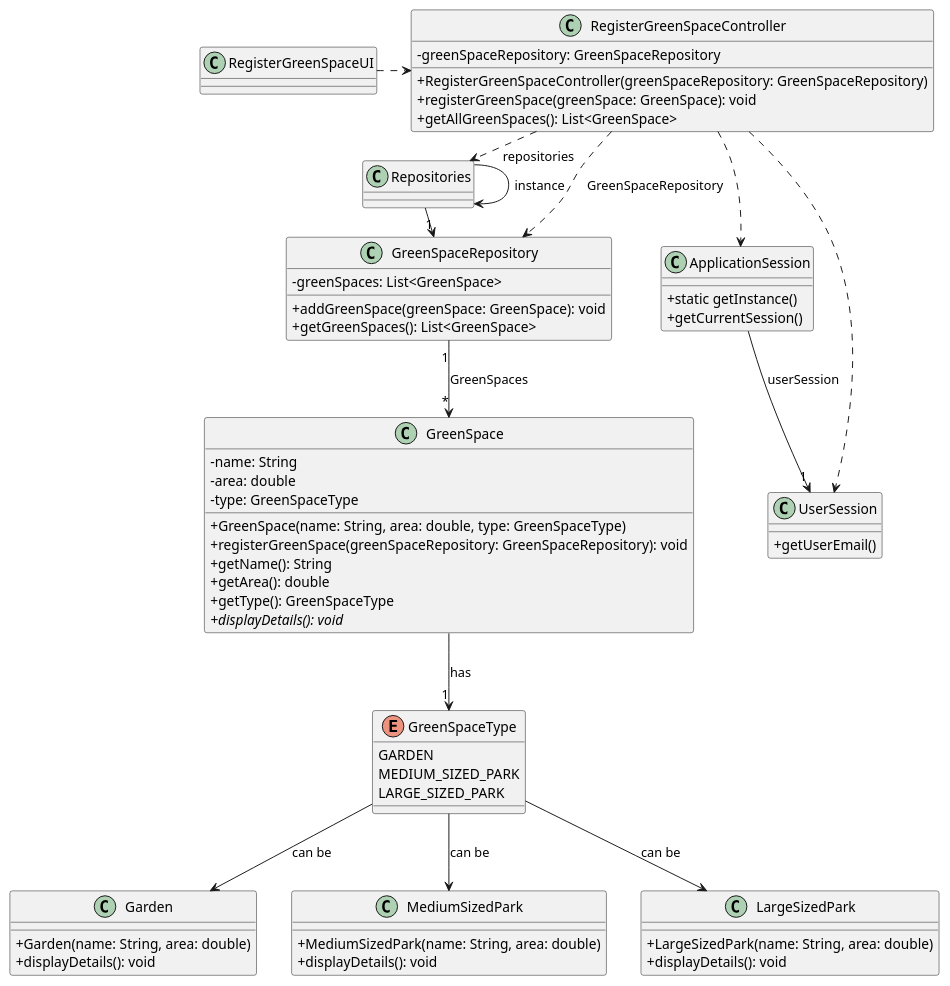
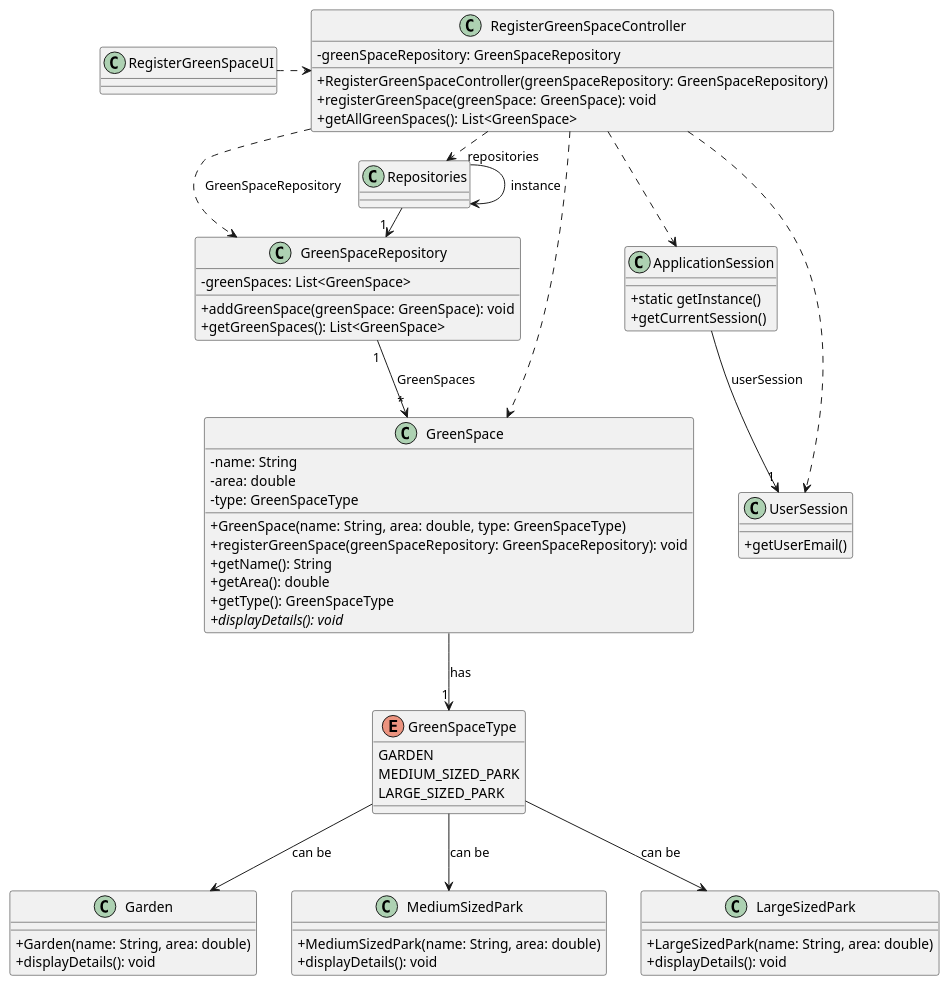
One commit to Departamento-de-Engenharia-Informatica/greenspace-management changed the diagram in docs/sprintC/us020/03.design/puml/us020-class-diagram.puml. Above: the diagram before and after it, drawn with PlantUML.

Commit message:
US020 Class Diagram corrected

```diff
--- a/docs/sprintC/us020/03.design/puml/us020-class-diagram.puml
+++ b/docs/sprintC/us020/03.design/puml/us020-class-diagram.puml
@@ -1,98 +1,99 @@
 @startuml
 
 'skinparam monochrome true
 skinparam packageStyle rectangle
 skinparam shadowing false
 skinparam linetype polyline
 skinparam linetype orto
 
 skinparam classAttributeIconSize 0
 
 'left to right direction
 
 class ApplicationSession
 {
     + static getInstance()
     + getCurrentSession()
 }
 
 class UserSession
 {
     + getUserEmail()
 }
 
 class GreenSpace {
     - name: String
     - area: double
     - type: GreenSpaceType
 
     + GreenSpace(name: String, area: double, type: GreenSpaceType)
     + registerGreenSpace(greenSpaceRepository: GreenSpaceRepository): void
     + getName(): String
     + getArea(): double
     + getType(): GreenSpaceType
     {abstract} + displayDetails(): void
 }
 
 class Garden {
     + Garden(name: String, area: double)
     + displayDetails(): void
 }
 
 class MediumSizedPark {
     + MediumSizedPark(name: String, area: double)
     + displayDetails(): void
 }
 
 class LargeSizedPark {
     + LargeSizedPark(name: String, area: double)
     + displayDetails(): void
 }
 
 class GreenSpaceRepository {
     - greenSpaces: List<GreenSpace>
 
     + addGreenSpace(greenSpace: GreenSpace): void
     + getGreenSpaces(): List<GreenSpace>
 }
 
 class RegisterGreenSpaceController {
     - greenSpaceRepository: GreenSpaceRepository
 
     + RegisterGreenSpaceController(greenSpaceRepository: GreenSpaceRepository)
     + registerGreenSpace(greenSpace: GreenSpace): void
     + getAllGreenSpaces(): List<GreenSpace>
 }
 
 enum GreenSpaceType {
     GARDEN
     MEDIUM_SIZED_PARK
     LARGE_SIZED_PARK
 }
 
 ApplicationSession --> "1" UserSession : userSession
 
 RegisterGreenSpaceController ..> ApplicationSession
 RegisterGreenSpaceController ..> UserSession
 
 Repositories -> Repositories : instance
 
 RegisterGreenSpaceUI .> RegisterGreenSpaceController
 
 RegisterGreenSpaceController .> Repositories : repositories
 
 Repositories -> "1" GreenSpaceRepository
 
 RegisterGreenSpaceController ..> GreenSpaceRepository : GreenSpaceRepository
+RegisterGreenSpaceController ..> GreenSpace
 
 ' Ligação dos tipos de parques com a classe GreenSpace
 GreenSpaceType --> Garden : can be
 GreenSpaceType --> MediumSizedPark : can be
 GreenSpaceType --> LargeSizedPark : can be
 
 GreenSpace --> "1" GreenSpaceType : has
 
 ' Legenda
 GreenSpaceRepository "1" --> "*" GreenSpace : GreenSpaces
 
 @enduml
```
